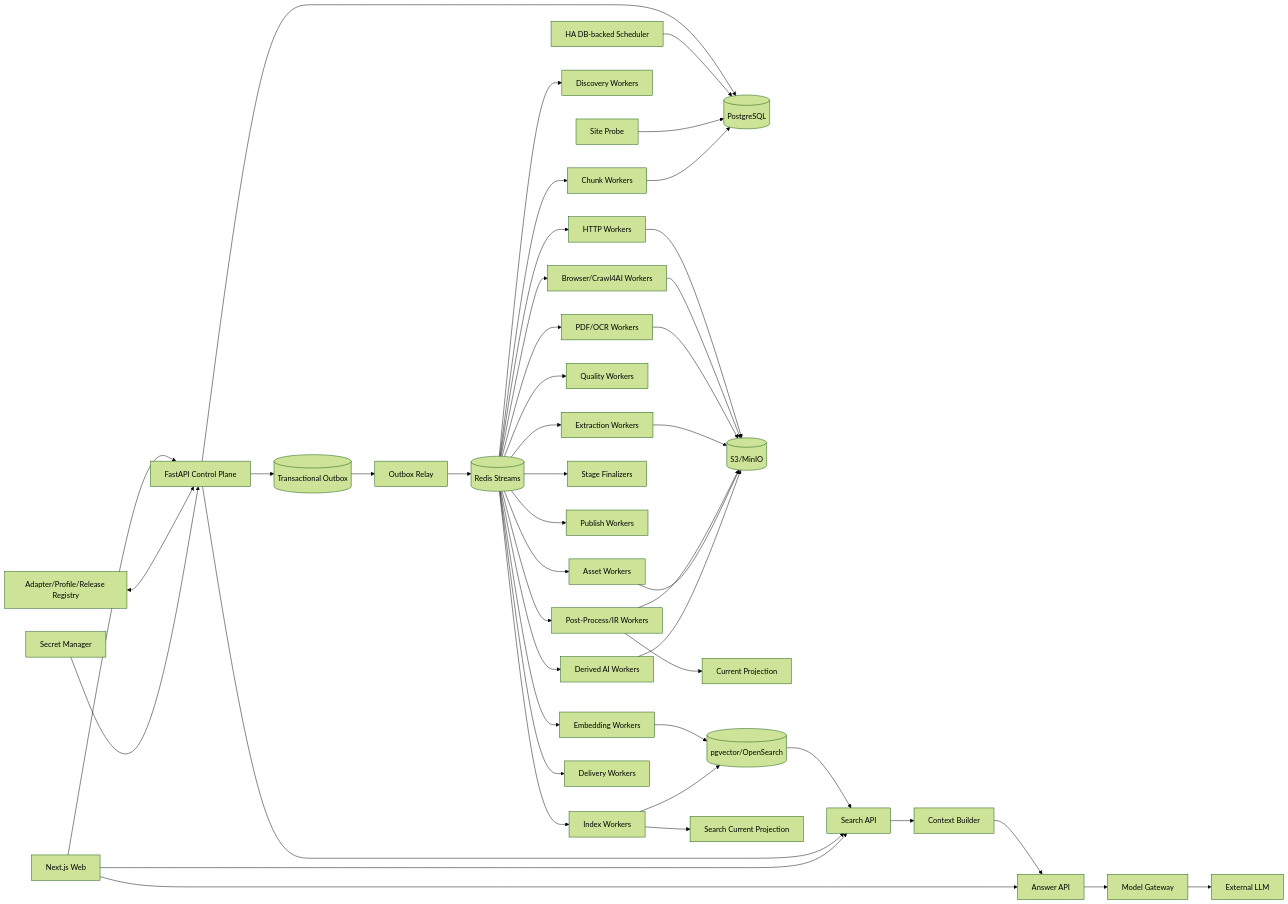
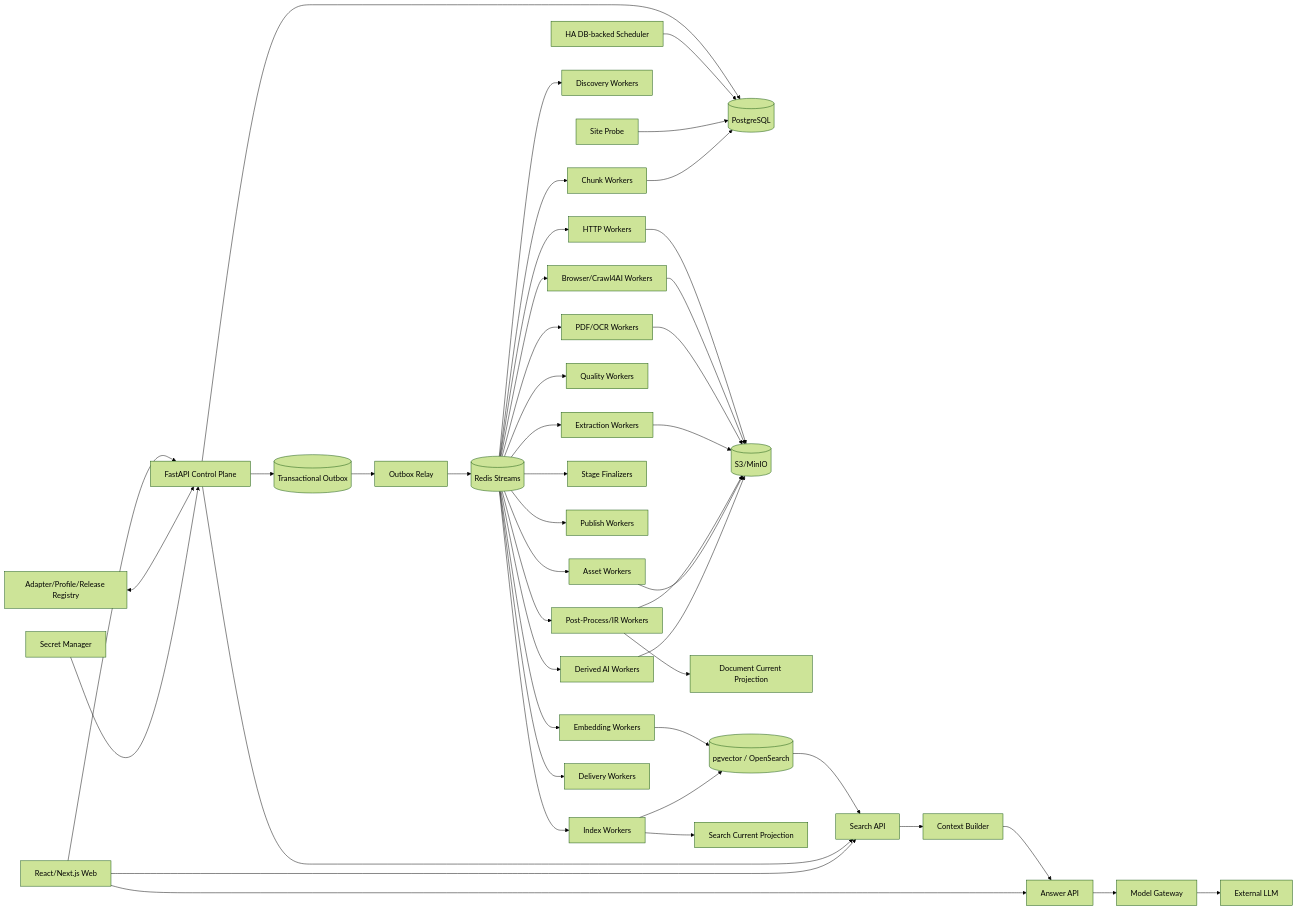
The diagram in 博客知识库技术方案.md (WorkerXu/my-doc), drawn with Mermaid (forest theme) before and after one commit. The commit also changed other lines of this file, not shown here.

````diff
--- a/博客知识库技术方案.md
+++ b/博客知识库技术方案.md
@@ -52,54 +55,54 @@
 ```mermaid
 flowchart LR
-    UI[Next.js Web] --> API[FastAPI Control Plane]
+    UI[React/Next.js Web] --> API[FastAPI Control Plane]
     API --> PG[(PostgreSQL)]
     API --> OUT[(Transactional Outbox)]
 
     SCH[HA DB-backed Scheduler] --> PG
     REG[Adapter/Profile/Release Registry] <--> API
     PROBE[Site Probe] --> PG
     SEC[Secret Manager] --> API
 
     OUT --> RELAY[Outbox Relay]
     RELAY --> Q[(Redis Streams)]
 
     Q --> DW[Discovery Workers]
     Q --> HF[HTTP Workers]
     Q --> BW[Browser/Crawl4AI Workers]
     Q --> PDF[PDF/OCR Workers]
     Q --> EX[Extraction Workers]
     Q --> PP[Post-Process/IR Workers]
     Q --> QV[Quality Workers]
     Q --> AW[Asset Workers]
     Q --> FIN[Stage Finalizers]
     Q --> PB[Publish Workers]
     Q --> CW[Chunk Workers]
     Q --> EW[Embedding Workers]
     Q --> IX[Index Workers]
     Q --> AI[Derived AI Workers]
     Q --> NT[Delivery Workers]
 
     HF --> OBJ[(S3/MinIO)]
     BW --> OBJ
     PDF --> OBJ
     EX --> OBJ
     PP --> OBJ
     AW --> OBJ
     AI --> OBJ
 
-    PP --> CUR[Current Projection]
+    PP --> CUR[Document Current Projection]
     CW --> PG
-    EW --> SEARCH[(pgvector/OpenSearch)]
+    EW --> SEARCH[(pgvector / OpenSearch)]
     IX --> SEARCH
     IX --> SCUR[Search Current Projection]
 
     SEARCH --> SA[Search API]
     SA --> CB[Context Builder]
     CB --> AA[Answer API]
     AA --> MG[Model Gateway]
     MG --> LLM[External LLM]
 
     API --> SA
     UI --> SA
     UI --> AA
 ```
````
